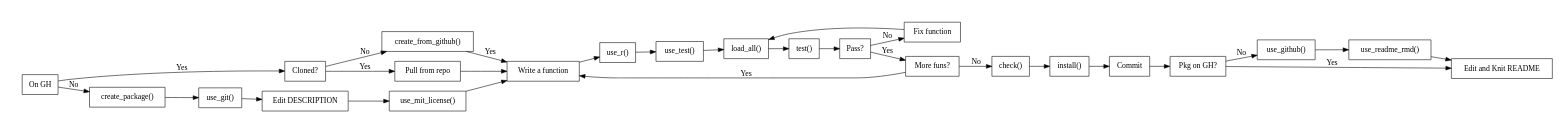
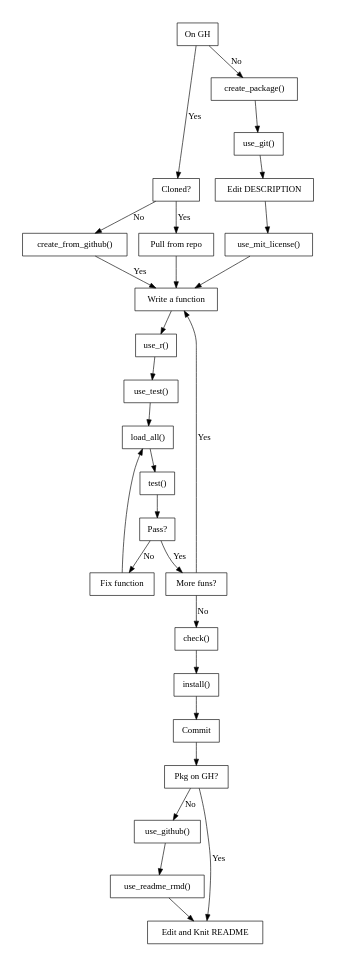
Before and after one commit to batpigandme/mstash: the diagram in graphviz/usethis_pkg_making.gv, drawn with Graphviz.

Commit message:
Change graph orientation to TB

```diff
--- a/graphviz/usethis_pkg_making.gv
+++ b/graphviz/usethis_pkg_making.gv
@@ -1,27 +1,27 @@
 digraph finite_state_machine {
-	rankdir=LR;
+	rankdir=TB;
 //	rankdir=RL;
 	size="8,5"
 	node [shape = rectangle];
 	"On GH"-> "Cloned?" [ label = "Yes" ];
         "Cloned?"-> "Pull from repo" [ label = "Yes" ];
         "Cloned?"-> "create_from_github()" [ label = "No" ];
 	"On GH"-> "create_package()" [ label = "No" ];
-	"create_package()" ->"use_git()";
-	"use_git()" -> "Edit DESCRIPTION";
-	"Edit DESCRIPTION" -> "use_mit_license()";
-	"use_mit_license()" -> "Write a function";
+		"create_package()" ->"use_git()";
+			"use_git()" -> "Edit DESCRIPTION";
+				"Edit DESCRIPTION" -> "use_mit_license()";
+					"use_mit_license()" -> "Write a function";
 	"create_from_github()" -> "Write a function" [ label = "Yes" ];
     "Pull from repo"-> "Write a function";
     "Write a function" -> "use_r()" -> "use_test()" -> "load_all()" -> "test()" -> "Pass?";
 	"Pass?" -> "Fix function" [ label = "No" ];
 	"Pass?" -> "More funs?" [ label = "Yes" ];
 	"Fix function" -> "load_all()";
 	"More funs?" -> "Write a function" [ label = "Yes" ];
 	"More funs?" -> "check()" [ label = "No" ];
 	"check()" -> "install()" -> "Commit" -> "Pkg on GH?";
 	"Pkg on GH?" -> "use_github()" [ label = "No" ];
 	"Pkg on GH?" -> "Edit and Knit README" [ label = "Yes" ];
 	"use_github()" -> "use_readme_rmd()" -> "Edit and Knit README";
 
 }
```
